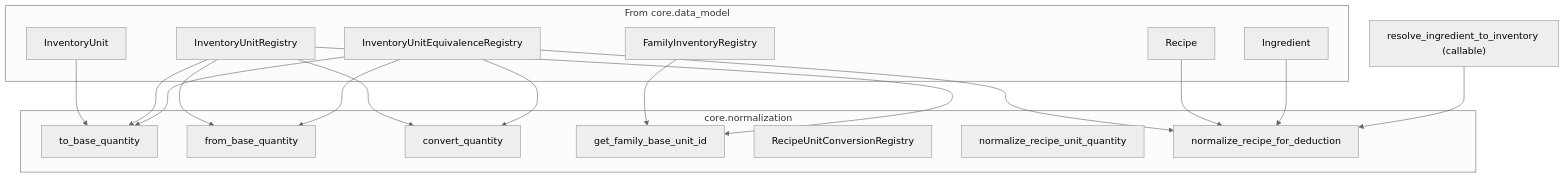
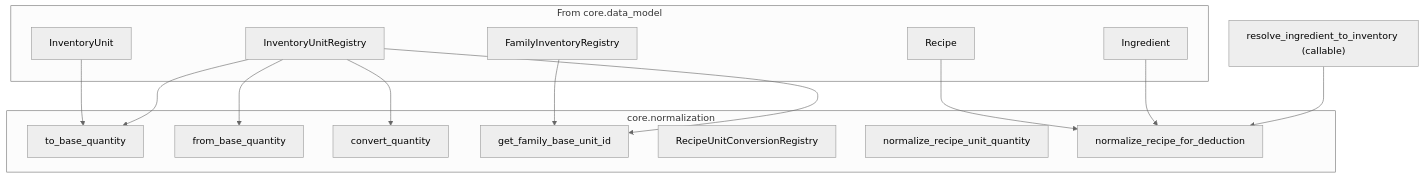
Before and after one commit to Alanbahena/zenet-mvp-jupyter: the fifth of 5 diagrams in docs/Architecture/architecture-normalization.md, drawn with Mermaid (neutral theme). The commit also changed other lines of this file and 6 other files, not shown here.

````diff
--- a/docs/Architecture/architecture-normalization.md
+++ b/docs/Architecture/architecture-normalization.md
@@ -190,35 +177,30 @@
 ```mermaid
 flowchart TB
     subgraph external["From core.data_model"]
         Recipe
         Ingredient
         InventoryUnit
         InventoryUnitRegistry
-        InventoryUnitEquivalenceRegistry
         FamilyInventoryRegistry
     end
 
     subgraph normalization_module["core.normalization"]
         to_base_quantity
         from_base_quantity
         convert_quantity
         get_family_base_unit_id
         RecipeUnitConversionRegistry
         normalize_recipe_unit_quantity
         normalize_recipe_for_deduction
     end
 
     InventoryUnit --> to_base_quantity
     InventoryUnitRegistry --> to_base_quantity
     InventoryUnitRegistry --> from_base_quantity
     InventoryUnitRegistry --> convert_quantity
-    InventoryUnitEquivalenceRegistry --> to_base_quantity
-    InventoryUnitEquivalenceRegistry --> from_base_quantity
-    InventoryUnitEquivalenceRegistry --> convert_quantity
-    InventoryUnitEquivalenceRegistry --> normalize_recipe_for_deduction
     FamilyInventoryRegistry --> get_family_base_unit_id
     InventoryUnitRegistry --> get_family_base_unit_id
     Recipe --> normalize_recipe_for_deduction
     Ingredient --> normalize_recipe_for_deduction
     resolve["resolve_ingredient_to_inventory (callable)"] --> normalize_recipe_for_deduction
 ```
````
